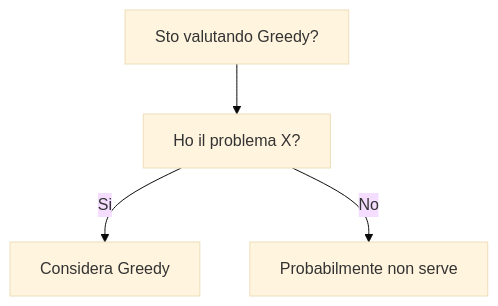
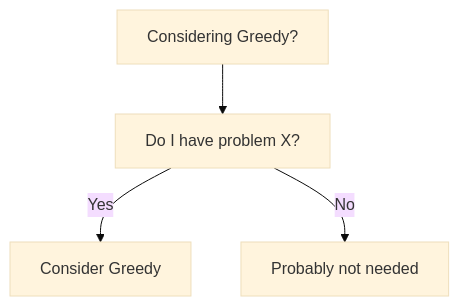
One commit to HxT9/Software-Dev-Wiki changed the diagram in dev-wiki/15_Algorithms_DataStructures/Greedy/When_To_Use.md. Above: the diagram before and after it, drawn with Mermaid (base theme). The commit also changed other lines of this file and 3444 other files, not shown here.

````diff
--- a/dev-wiki/15_Algorithms_DataStructures/Greedy/When_To_Use.md
+++ b/dev-wiki/15_Algorithms_DataStructures/Greedy/When_To_Use.md
@@ -19,6 +19,6 @@
 ```mermaid
 flowchart TD
-  Q[Sto valutando Greedy?] --> Q1[Ho il problema X?]
-  Q1 -->|Si| OK[Considera Greedy]
-  Q1 -->|No| NO[Probabilmente non serve]
+  Q[Considering Greedy?] --> Q1[Do I have problem X?]
+  Q1 -->|Yes| OK[Consider Greedy]
+  Q1 -->|No| NO[Probably not needed]
 ```
````
